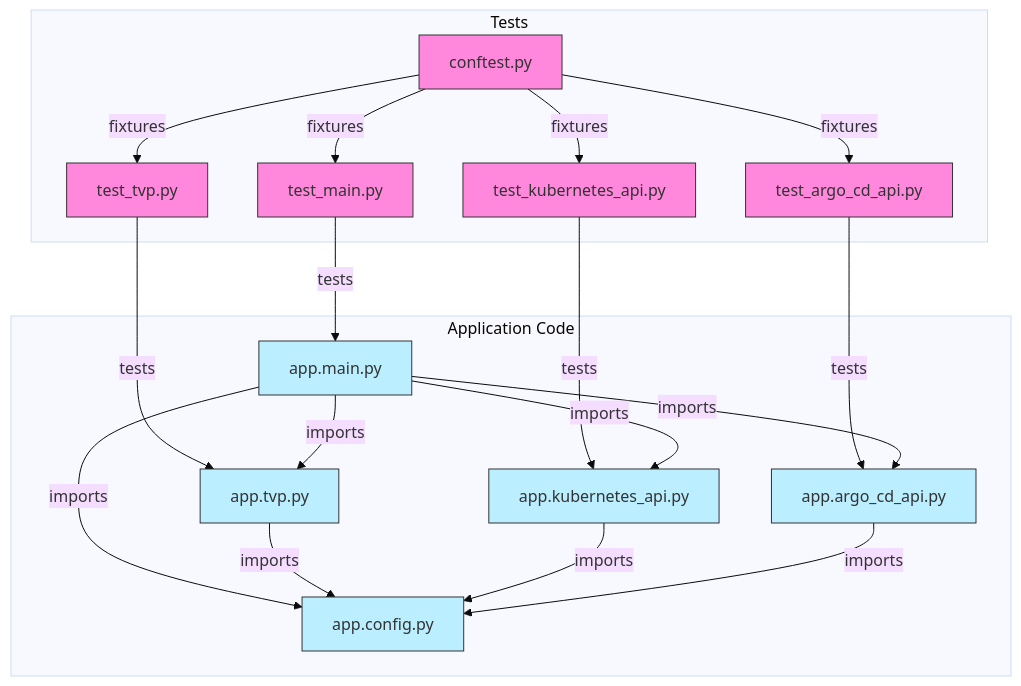
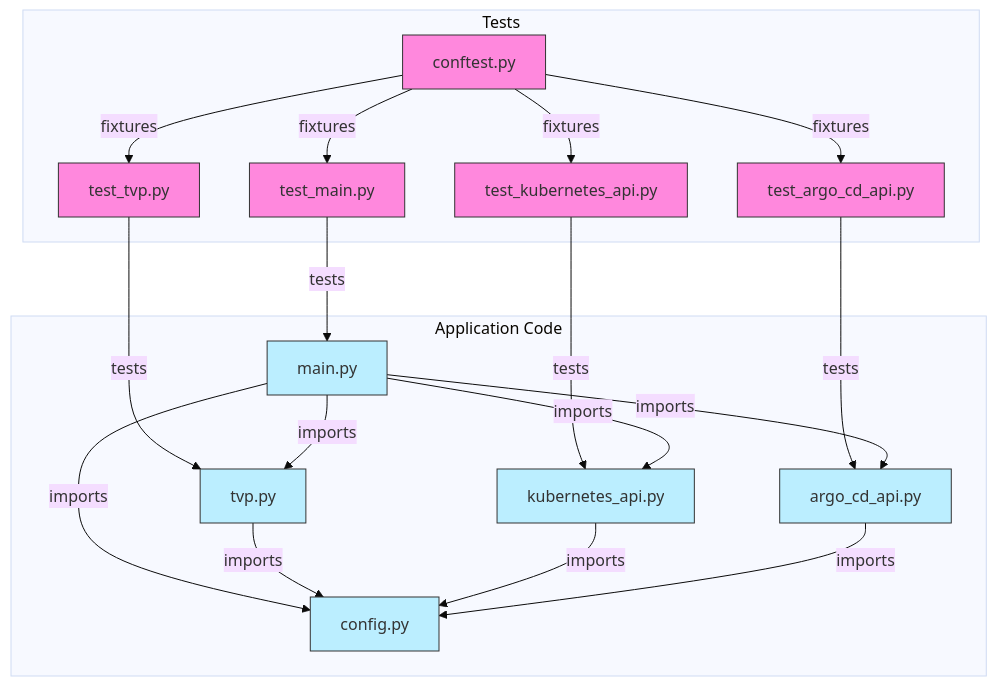
One commit to lloydchang/tvp-k8s changed diagram 11 of 11 in README.md. Above: the diagram before and after it, drawn with Mermaid (base theme). The commit also changed 1 other file, not shown here.

````diff
--- a/README.md
+++ b/README.md
@@ -917,43 +917,43 @@
 ```mermaid
 flowchart TD
     subgraph Tests
         conftest[conftest.py]
         test_main[test_main.py]
         test_tvp[test_tvp.py]
         test_kubernetes[test_kubernetes_api.py]
         test_argo[test_argo_cd_api.py]
     end
 
     subgraph "Application Code"
-        main[app.main.py]
-        tvp[app.tvp.py]
-        kubernetes[app.kubernetes_api.py]
-        argo[app.argo_cd_api.py]
-        config[app.config.py]
+        main[main.py]
+        tvp[tvp.py]
+        kubernetes[kubernetes_api.py]
+        argo[argo_cd_api.py]
+        config[config.py]
     end
 
     conftest --> |fixtures| test_main
     conftest --> |fixtures| test_tvp
     conftest --> |fixtures| test_kubernetes
     conftest --> |fixtures| test_argo
 
     test_main --> |tests| main
     test_tvp --> |tests| tvp
     test_kubernetes --> |tests| kubernetes
     test_argo --> |tests| argo
 
     main --> |imports| tvp
     main --> |imports| kubernetes
     main --> |imports| argo
     main --> |imports| config
 
     tvp --> |imports| config
     kubernetes --> |imports| config
     argo --> |imports| config
 
     classDef testFile fill:#f8d,stroke:#333,stroke-width:1px
     classDef appFile fill:#bef,stroke:#333,stroke-width:1px
     
     class conftest,test_main,test_tvp,test_kubernetes,test_argo testFile
     class main,tvp,kubernetes,argo,config appFile
 ```
````
